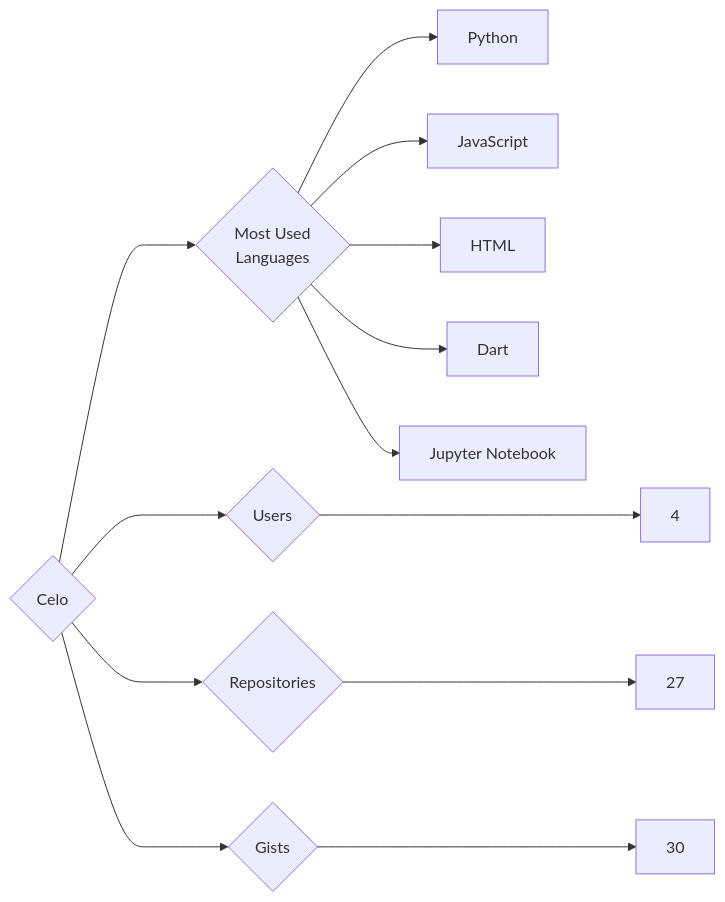
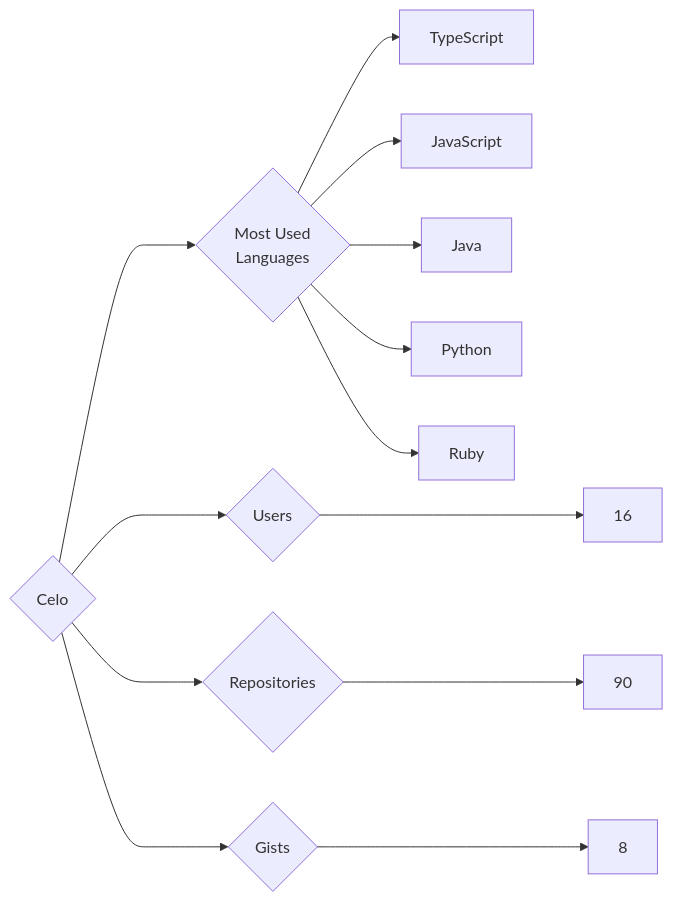
One commit to trickest/insiders changed the diagram in targets/Celo/README.md. Above: the diagram before and after it, drawn with Mermaid. The commit also changed 891 other files, not shown here.

````diff
--- a/targets/Celo/README.md
+++ b/targets/Celo/README.md
@@ -3,13 +3,13 @@
 ```mermaid
 graph LR
 COMPANY_NAME{Celo}
-COMPANY_NAME ---> U{Users} ---> UN[4]
-COMPANY_NAME ---> R{Repositories} ---> RN[27]
-COMPANY_NAME ---> G{Gists} ---> GN[30]
+COMPANY_NAME ---> U{Users} ---> UN[16]
+COMPANY_NAME ---> R{Repositories} ---> RN[90]
+COMPANY_NAME ---> G{Gists} ---> GN[8]
 COMPANY_NAME ---> ML{Most Used<br>Languages}
+ML --> TypeScript[TypeScript]
+ML --> JavaScript[JavaScript]
+ML --> Java[Java]
 ML --> Python[Python]
-ML --> JavaScript[JavaScript]
-ML --> HTML[HTML]
-ML --> Dart[Dart]
-ML --> Jupyter_Notebook[Jupyter Notebook]
+ML --> Ruby[Ruby]
 ```
````
